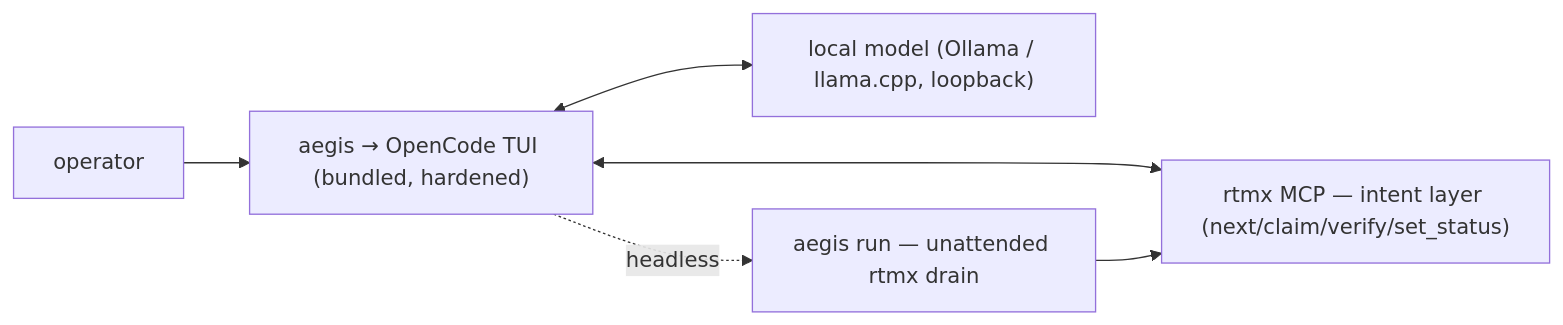
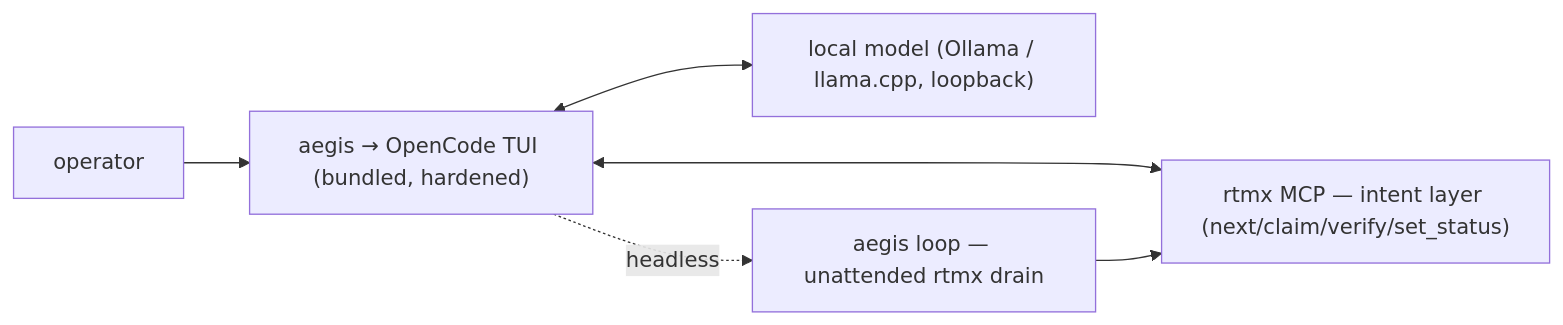
The diagram in CLAUDE.md (rtmx-ai/aegis-cli), drawn with Mermaid before and after one commit. The commit also changed 14 other files, not shown here.

First line of the commit message:
feat(surface): hybrid grammar — run=one-shot, loop=drain; pivot to classic opencode run

````diff
--- a/CLAUDE.md
+++ b/CLAUDE.md
@@ -23,8 +23,8 @@
 ```mermaid
 flowchart LR
     user["operator"] --> tui["aegis → OpenCode TUI (bundled, hardened)"]
     tui <--> model["local model (Ollama / llama.cpp, loopback)"]
     tui <--> rtmx["rtmx MCP — intent layer (next/claim/verify/set_status)"]
-    tui -.headless.-> run["aegis run — unattended rtmx drain"]
-    run --> rtmx
+    tui -.headless.-> loop["aegis loop — unattended rtmx drain"]
+    loop --> rtmx
 ```
````
